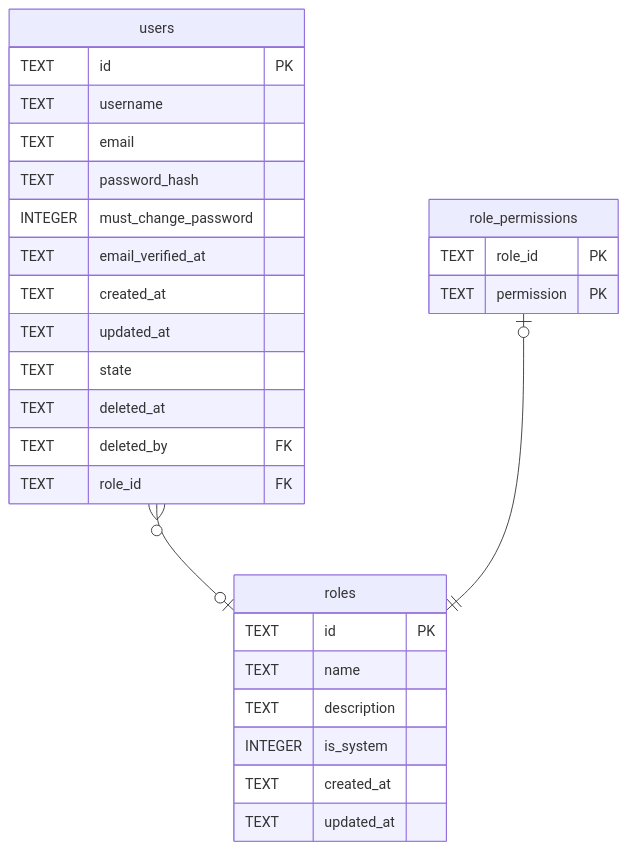
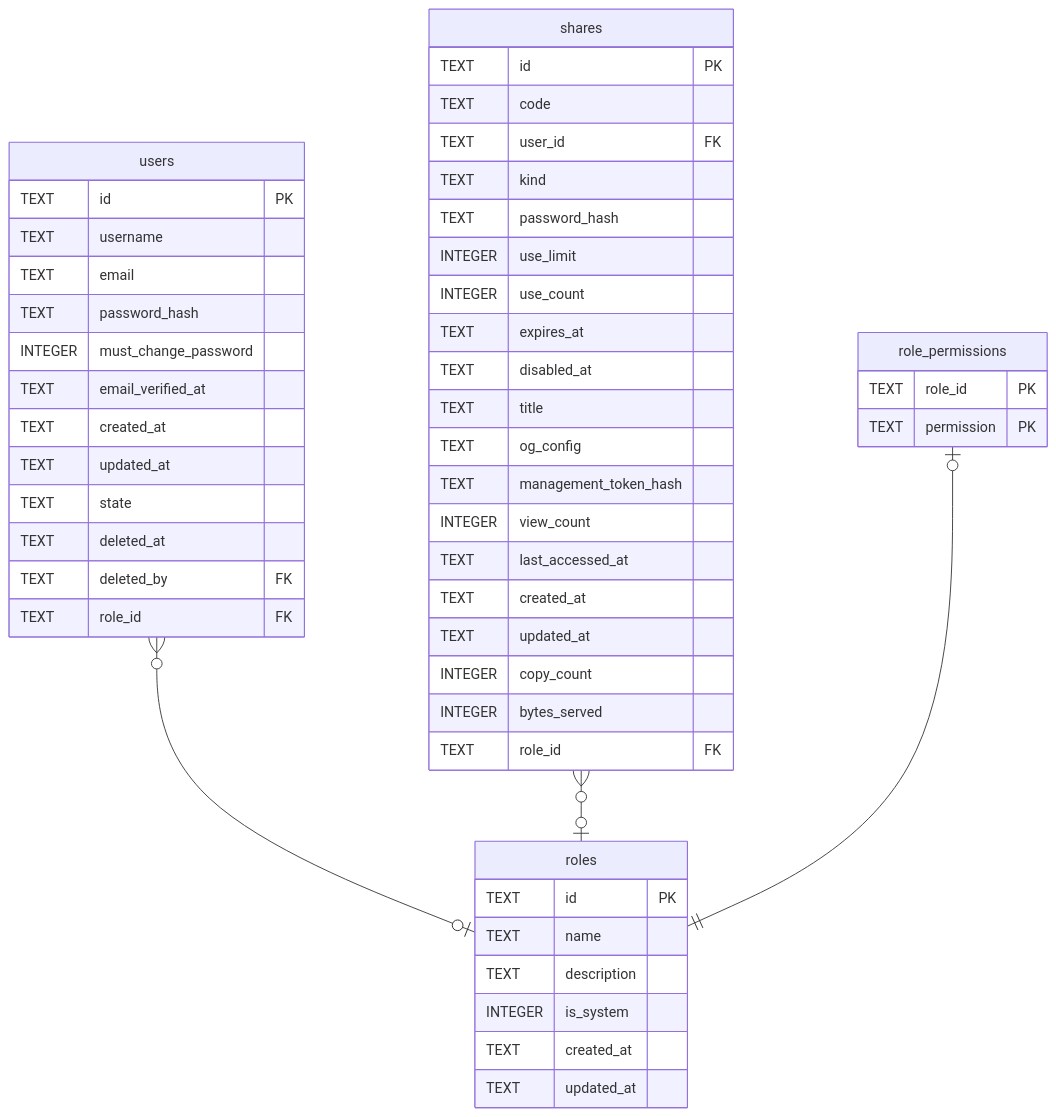
One commit to Limatura/tessera changed the diagram in docs/schema/roles.md. Above: the diagram before and after it, drawn with Mermaid. The commit also changed other lines of this file and 21 other files, not shown here.

````diff
--- a/docs/schema/roles.md
+++ b/docs/schema/roles.md
@@ -53,33 +53,55 @@
 ```mermaid
 erDiagram
 
 "users" }o--o| "roles" : ""
+"shares" }o--o| "roles" : ""
 "role_permissions" |o--|| "roles" : ""
 
 "roles" {
   TEXT id PK
   TEXT name
   TEXT description
   INTEGER is_system
   TEXT created_at
   TEXT updated_at
 }
 "users" {
   TEXT id PK
   TEXT username
   TEXT email
   TEXT password_hash
   INTEGER must_change_password
   TEXT email_verified_at
   TEXT created_at
   TEXT updated_at
   TEXT state
   TEXT deleted_at
   TEXT deleted_by FK
   TEXT role_id FK
 }
+"shares" {
+  TEXT id PK
+  TEXT code
+  TEXT user_id FK
+  TEXT kind
+  TEXT password_hash
+  INTEGER use_limit
+  INTEGER use_count
+  TEXT expires_at
+  TEXT disabled_at
+  TEXT title
+  TEXT og_config
+  TEXT management_token_hash
+  INTEGER view_count
+  TEXT last_accessed_at
+  TEXT created_at
+  TEXT updated_at
+  INTEGER copy_count
+  INTEGER bytes_served
+  TEXT role_id FK
+}
 "role_permissions" {
   TEXT role_id PK
   TEXT permission PK
 }
 ```
````
